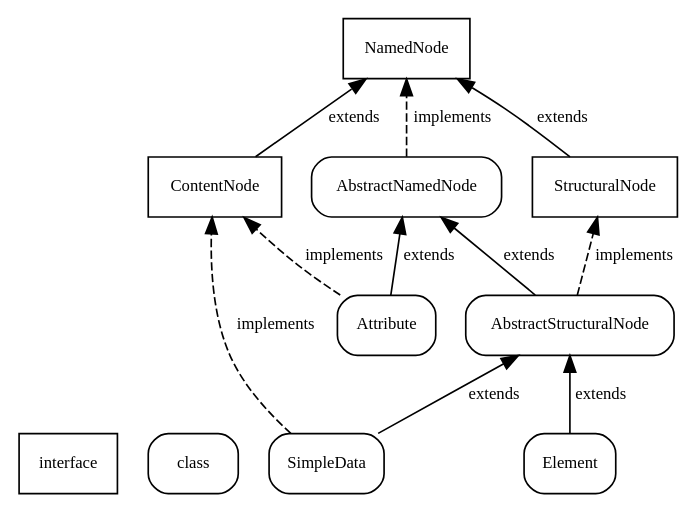
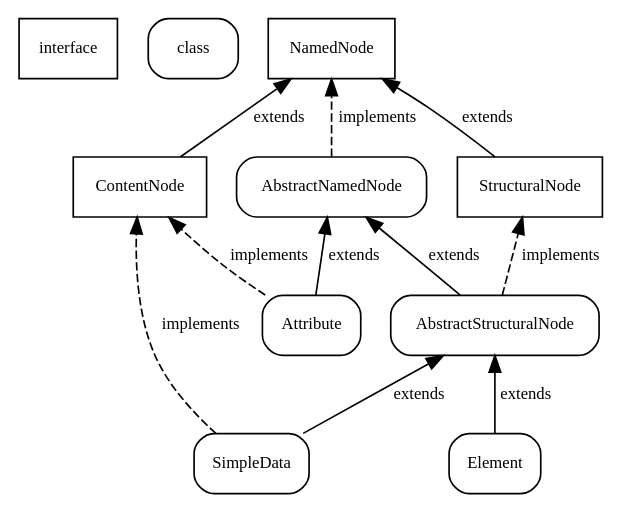
The diagram in doc/jInfer/full/architecture/nodes.gv (otmarjr/jInfer-fork), drawn with Graphviz before and after one commit. The commit also changed 17 other files, not shown here.

Commit message:
3154619 Create documentation for jInfer architecture - don't know changes nothing special

```diff
--- a/doc/jInfer/full/architecture/nodes.gv
+++ b/doc/jInfer/full/architecture/nodes.gv
@@ -1,30 +1,33 @@
 digraph nodes {
 	rankdir = BT;
 	node [shape = rectangle, fontname = "TeXGyrePagella-Regular", fontsize = 10];
 	edge [fontname = "TeXGyrePagella-Regular", fontsize = 10];
+{
+	rank = same;
 	interface [style = solid];
 	class [style= rounded, label = "class"];
 	
 	NamedNode;
+}
 	StructuralNode;
 	ContentNode;
 	Element [style= rounded];
 	SimpleData [style= rounded];
 	Attribute [style= rounded];
 	AbstractNamedNode [style= rounded];
 	AbstractStructuralNode [style= rounded];
 	
 	StructuralNode -> NamedNode [label = "extends"];
 	ContentNode -> NamedNode [label = "extends"];
 	AbstractNamedNode -> NamedNode [style = dashed, label = "implements"];
 	
 	AbstractStructuralNode -> StructuralNode [style = dashed, label = "implements"];
 	AbstractStructuralNode -> AbstractNamedNode [label = "extends"];
 	
 	Element -> AbstractStructuralNode [label = "extends"];
 	SimpleData -> AbstractStructuralNode [label = "extends"];
 	SimpleData -> ContentNode [style = dashed, label = "implements"];
 	
 	Attribute -> AbstractNamedNode [label = "extends"];
 	Attribute -> ContentNode [style = dashed, label = "implements"];
 }
```
